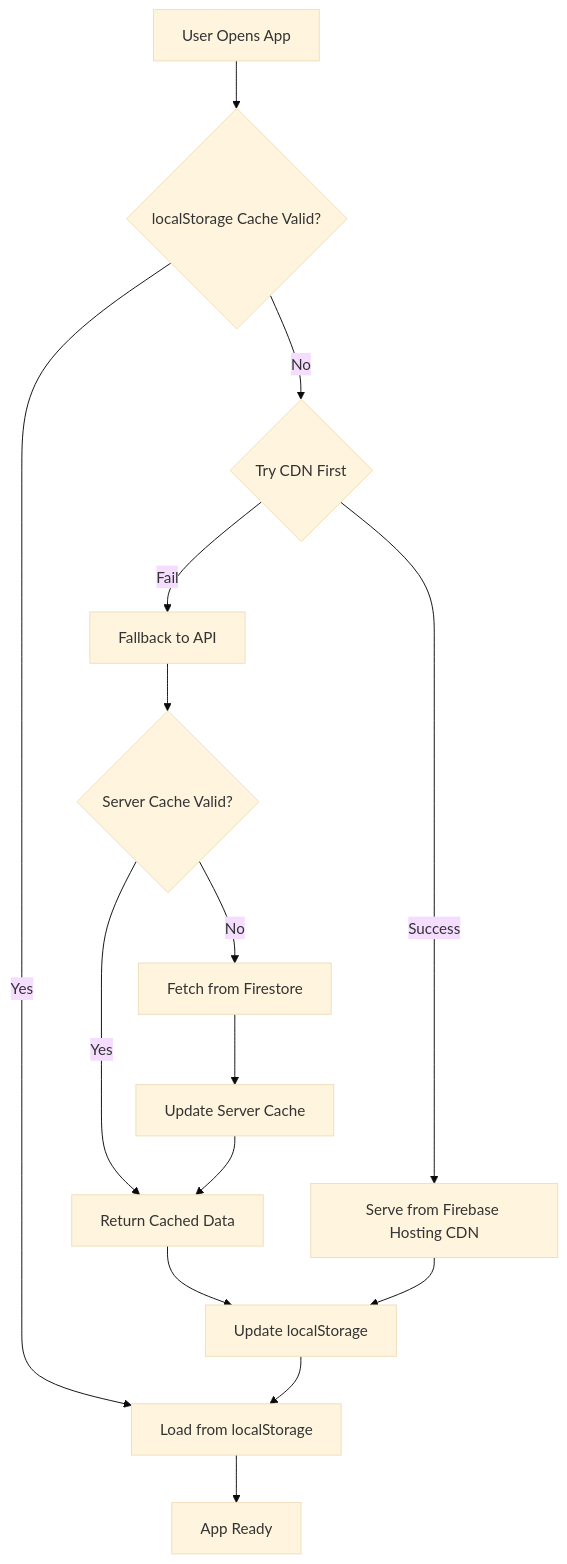
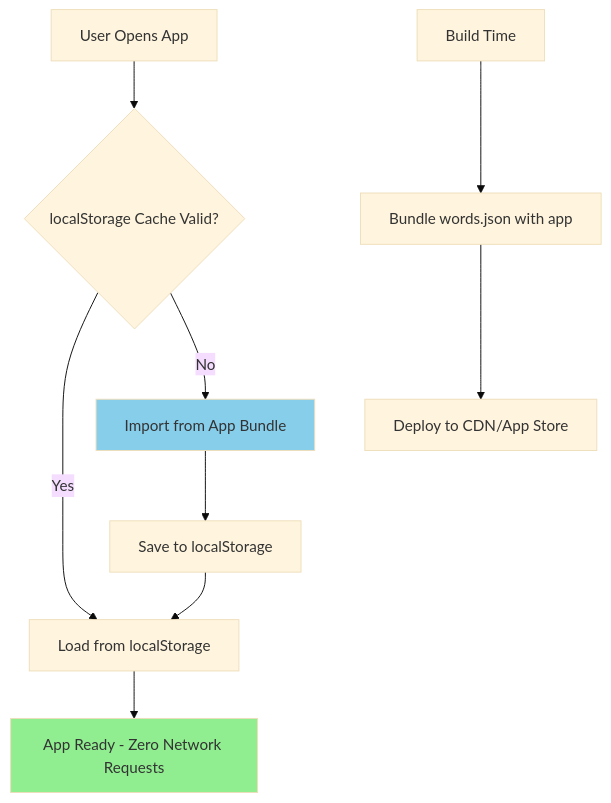
One commit to dillon-cleaver/nerd-wordle changed the diagram in docs/firestore-optimization.md. Above: the diagram before and after it, drawn with Mermaid (base theme). The commit also changed other lines of this file and 4 other files, not shown here.

First line of the commit message:
docs: update documentation for CDN-first architecture

````diff
--- a/docs/firestore-optimization.md
+++ b/docs/firestore-optimization.md
@@ -308,17 +297,15 @@
 ```mermaid
 graph TD
     A[User Opens App] --> B{localStorage Cache Valid?}
     B -->|Yes| C[Load from localStorage]
-    B -->|No| D{Try CDN First}
-    D -->|Success| E[Serve from Firebase Hosting CDN]
-    D -->|Fail| F[Fallback to API]
-    F --> G{Server Cache Valid?}
-    G -->|Yes| H[Return Cached Data]
-    G -->|No| I[Fetch from Firestore]
-    I --> J[Update Server Cache]
-    J --> H
-    H --> K[Update localStorage]
-    E --> K
-    K --> C
-    C --> L[App Ready]
+    B -->|No| D[Import from App Bundle]
+    D --> E[Save to localStorage]
+    E --> C
+    C --> F[App Ready - Zero Network Requests]
+
+    G[Build Time] --> H[Bundle words.json with app]
+    H --> I[Deploy to CDN/App Store]
+
+    style F fill:#90EE90
+    style D fill:#87CEEB
 ```
````
